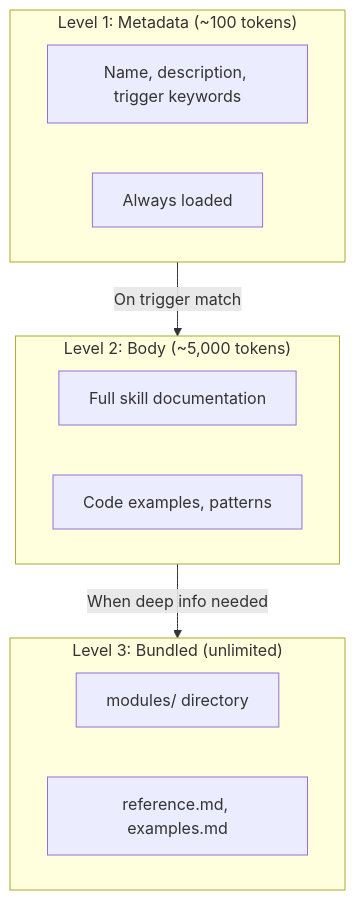
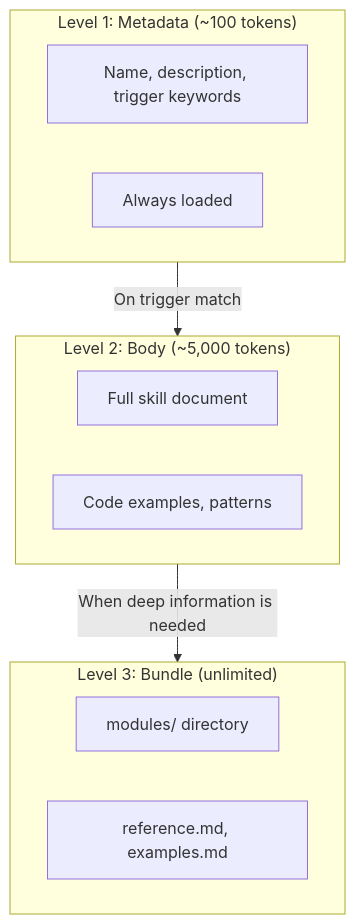
One commit to modu-ai/moai-adk changed the second of 4 diagrams in docs-site/content/en/advanced/skill-guide.md. Above: the diagram before and after it, drawn with Mermaid. The commit also changed other lines of this file and 395 other files, not shown here.

````diff
--- a/docs-site/content/en/advanced/skill-guide.md
+++ b/docs-site/content/en/advanced/skill-guide.md
@@ -116,21 +118,21 @@
 ```mermaid
 flowchart TD
     subgraph L1["Level 1: Metadata (~100 tokens)"]
         M1["Name, description, trigger keywords"]
         M2["Always loaded"]
     end
 
     subgraph L2["Level 2: Body (~5,000 tokens)"]
-        B1["Full skill documentation"]
+        B1["Full skill document"]
         B2["Code examples, patterns"]
     end
 
-    subgraph L3["Level 3: Bundled (unlimited)"]
+    subgraph L3["Level 3: Bundle (unlimited)"]
         R1["modules/ directory"]
         R2["reference.md, examples.md"]
     end
 
     L1 -->|"On trigger match"| L2
-    L2 -->|"When deep info needed"| L3
+    L2 -->|"When deep information is needed"| L3
 
 ```
````
